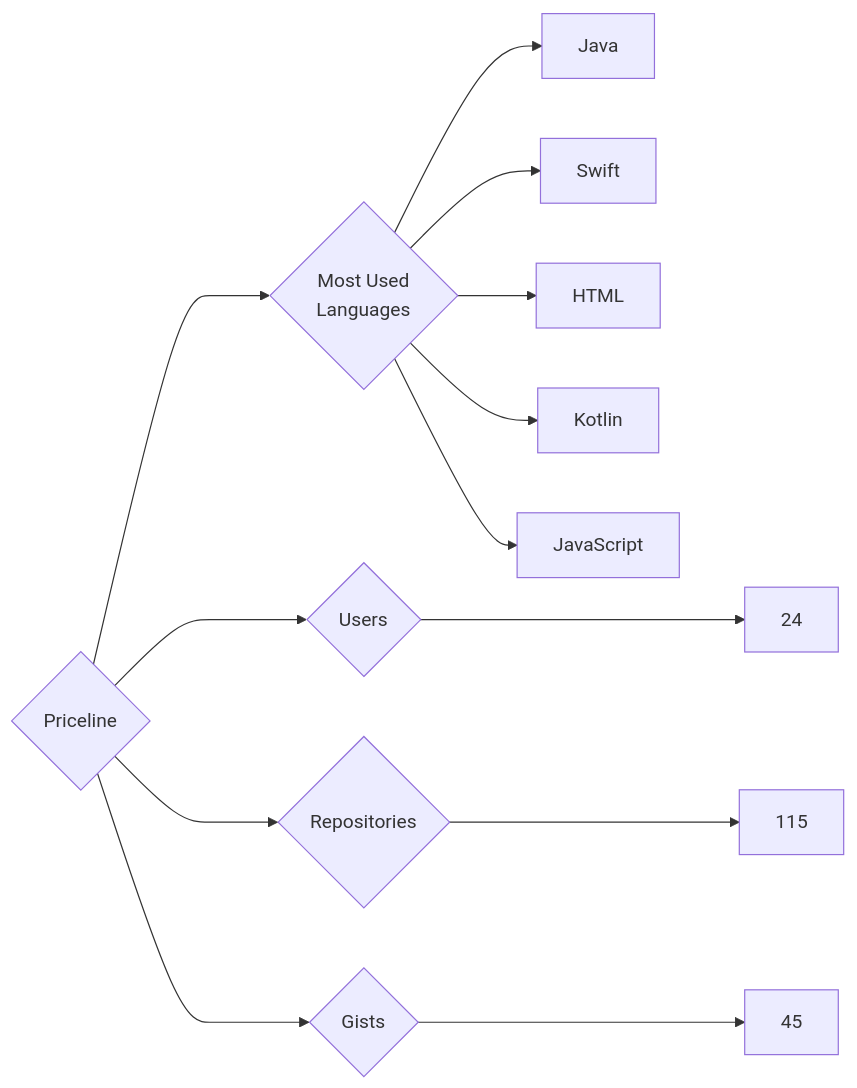
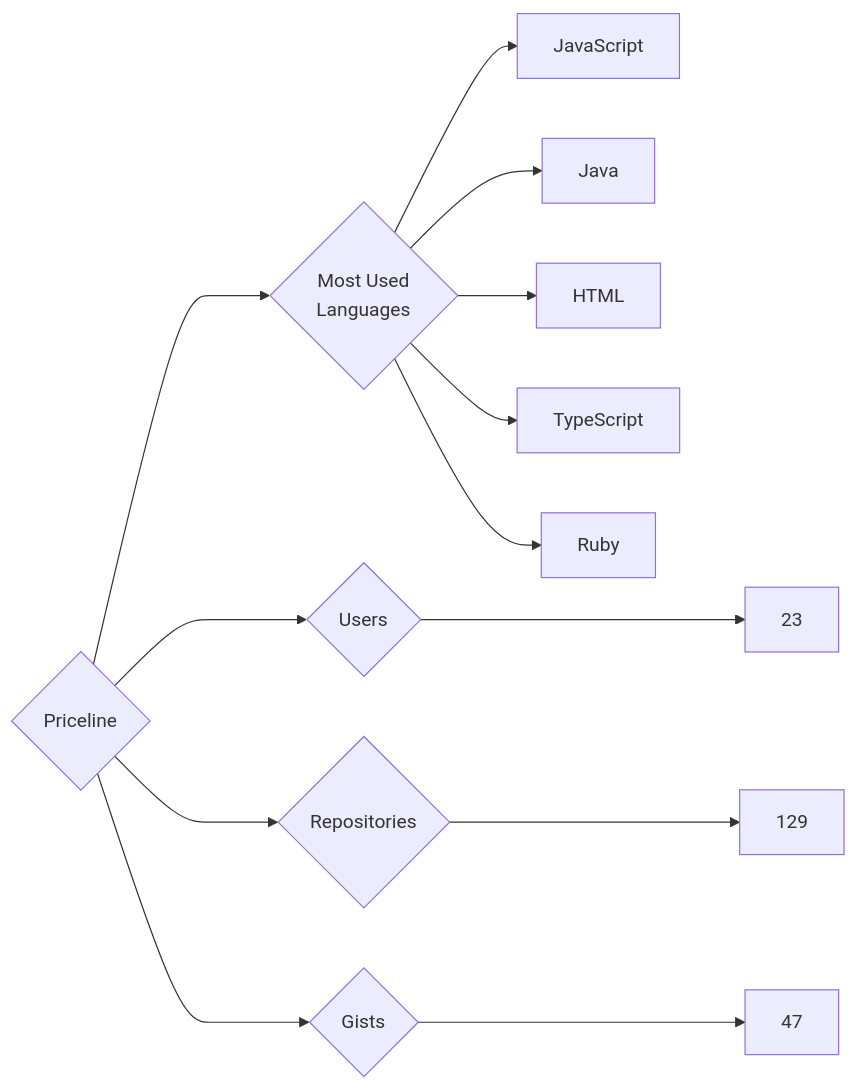
The diagram in targets/Priceline/README.md (trickest/insiders), drawn with Mermaid before and after one commit. The commit also changed 871 other files, not shown here.

````diff
--- a/targets/Priceline/README.md
+++ b/targets/Priceline/README.md
@@ -3,13 +3,13 @@
 ```mermaid
 graph LR
 COMPANY_NAME{Priceline}
-COMPANY_NAME ---> U{Users} ---> UN[24]
-COMPANY_NAME ---> R{Repositories} ---> RN[115]
-COMPANY_NAME ---> G{Gists} ---> GN[45]
+COMPANY_NAME ---> U{Users} ---> UN[23]
+COMPANY_NAME ---> R{Repositories} ---> RN[129]
+COMPANY_NAME ---> G{Gists} ---> GN[47]
 COMPANY_NAME ---> ML{Most Used<br>Languages}
+ML --> JavaScript[JavaScript]
 ML --> Java[Java]
-ML --> Swift[Swift]
 ML --> HTML[HTML]
-ML --> Kotlin[Kotlin]
-ML --> JavaScript[JavaScript]
+ML --> TypeScript[TypeScript]
+ML --> Ruby[Ruby]
 ```
````
